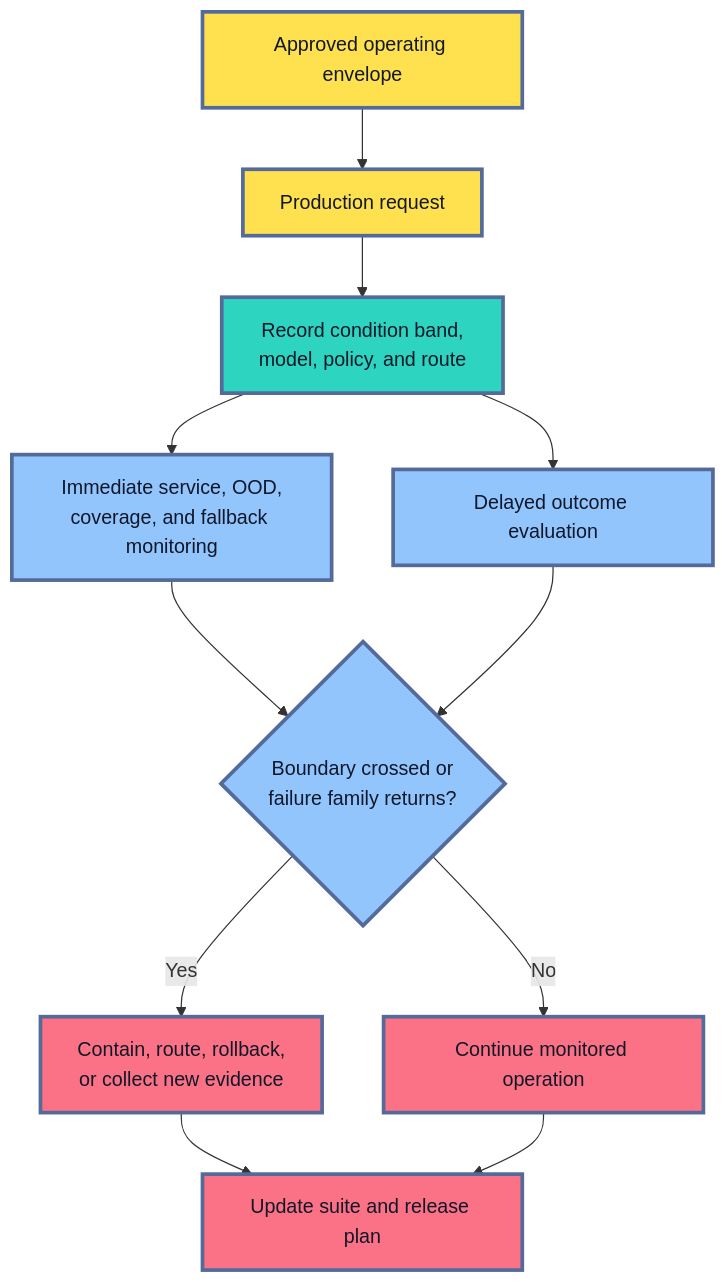
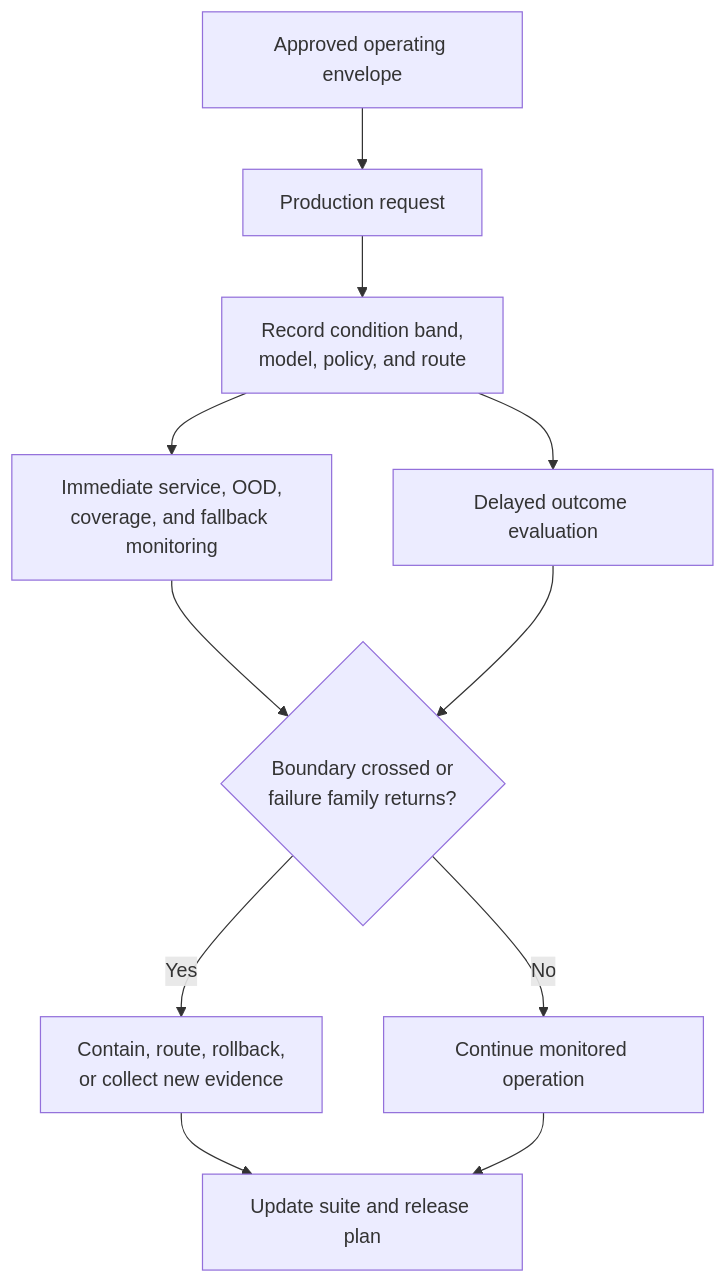
Diagram 12 of 12 in roadmaps/mlops/modules/model-evaluation/production-readiness/03-robustness-testing-before-release.md (senlinyy/dev-roadmaps), drawn with Mermaid before and after one commit. The commit also changed other lines of this file and 152 other files, not shown here.

Commit message:
feat: mlops and diagrams updated

````diff
--- a/roadmaps/mlops/modules/model-evaluation/production-readiness/03-robustness-testing-before-release.md
+++ b/roadmaps/mlops/modules/model-evaluation/production-readiness/03-robustness-testing-before-release.md
@@ -811,22 +770,18 @@
 ```mermaid
 flowchart TD
     A["Approved operating envelope"] --> B["Production request"]
     B --> C["Record condition band,<br/>model, policy, and route"]
     C --> D["Immediate service, OOD,<br/>coverage, and fallback monitoring"]
     C --> E["Delayed outcome evaluation"]
     D --> F{"Boundary crossed or<br/>failure family returns?"}
     E --> F
     F -->|"Yes"| G["Contain, route, rollback,<br/>or collect new evidence"]
     F -->|"No"| H["Continue monitored operation"]
     G --> I["Update suite and release plan"]
     H --> I
 
-    classDef envelope fill:#FFE04F,stroke:#536A9A,stroke-width:3px,color:#111827
-    classDef record fill:#2DD4BF,stroke:#536A9A,stroke-width:3px,color:#0F172A
-    classDef monitor fill:#93C5FD,stroke:#536A9A,stroke-width:3px,color:#0F172A
-    classDef response fill:#FB7185,stroke:#536A9A,stroke-width:3px,color:#111827
     class A,B envelope
     class C record
     class D,E,F monitor
     class G,H,I response
 ```
````
